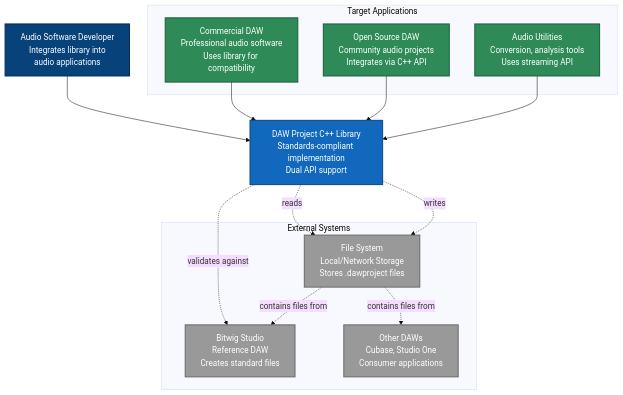
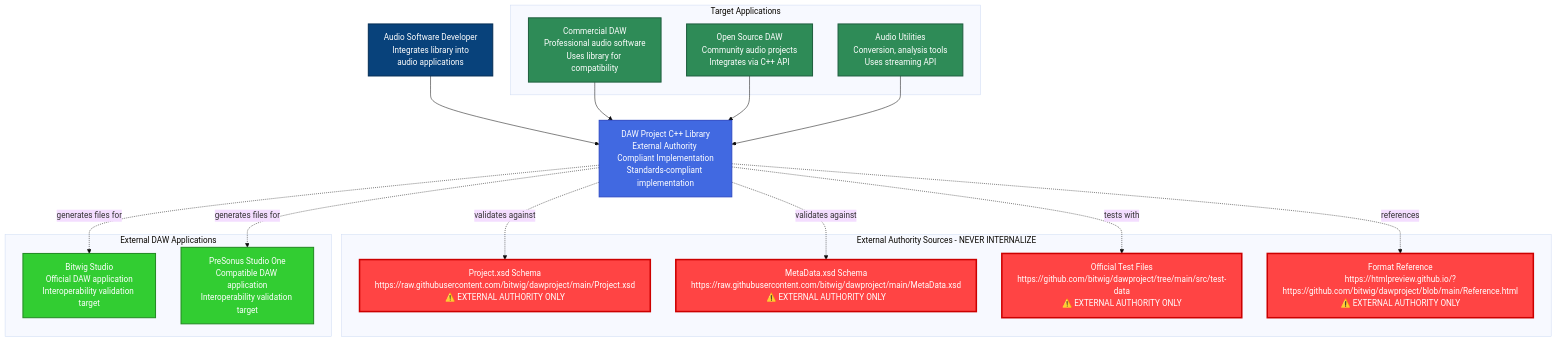
One commit to zarfld/dawproject_c changed the first of 17 diagrams in 03-architecture/architecture-specification.md. Above: the diagram before and after it, drawn with Mermaid (base theme). The commit also changed other lines of this file and 15 other files, not shown here.

````diff
--- a/03-architecture/architecture-specification.md
+++ b/03-architecture/architecture-specification.md
@@ -92,40 +93,48 @@
 ```mermaid
 graph TB
-    subgraph "External Systems"
-        Bitwig[Bitwig Studio<br/>Reference DAW<br/>Creates standard files]
-        OtherDAWs[Other DAWs<br/>Cubase, Studio One<br/>Consumer applications]
-        FileSystem[File System<br/>Local/Network Storage<br/>Stores .dawproject files]
-    end
+    Library[DAW Project C++ Library<br/>External Authority Compliant Implementation<br/>Standards-compliant implementation]
+    
+    Developer[Audio Software Developer<br/>Integrates library into<br/>audio applications]
     
     subgraph "Target Applications"
         CommercialDAW[Commercial DAW<br/>Professional audio software<br/>Uses library for compatibility]
         OpenSourceDAW[Open Source DAW<br/>Community audio projects<br/>Integrates via C++ API]
         AudioTools[Audio Utilities<br/>Conversion, analysis tools<br/>Uses streaming API]
     end
     
-    Library[DAW Project C++ Library<br/>Standards-compliant implementation<br/>Dual API support]
+    subgraph "External Authority Sources - NEVER INTERNALIZE"
+        ProjectXSD[Project.xsd Schema<br/>https://raw.githubusercontent.com/bitwig/dawproject/main/Project.xsd<br/>⚠️ EXTERNAL AUTHORITY ONLY]
+        MetaDataXSD[MetaData.xsd Schema<br/>https://raw.githubusercontent.com/bitwig/dawproject/main/MetaData.xsd<br/>⚠️ EXTERNAL AUTHORITY ONLY]
+        OfficialTests[Official Test Files<br/>https://github.com/bitwig/dawproject/tree/main/src/test-data<br/>⚠️ EXTERNAL AUTHORITY ONLY]
+        HTMLReference[Format Reference<br/>https://htmlpreview.github.io/?https://github.com/bitwig/dawproject/blob/main/Reference.html<br/>⚠️ EXTERNAL AUTHORITY ONLY]
+    end
     
-    Developer[Audio Software Developer<br/>Integrates library into<br/>audio applications]
+    subgraph "External DAW Applications"
+        Bitwig[Bitwig Studio<br/>Official DAW application<br/>Interoperability validation target]
+        PreSonus[PreSonus Studio One<br/>Compatible DAW application<br/>Interoperability validation target]
+    end
     
     Developer --> Library
     CommercialDAW --> Library
     OpenSourceDAW --> Library  
     AudioTools --> Library
     
-    Library -.->|reads| FileSystem
-    Library -.->|writes| FileSystem
-    Library -.->|validates against| Bitwig
-    
-    FileSystem -.->|contains files from| Bitwig
-    FileSystem -.->|contains files from| OtherDAWs
+    Library -.->|validates against| ProjectXSD
+    Library -.->|validates against| MetaDataXSD
+    Library -.->|tests with| OfficialTests
+    Library -.->|references| HTMLReference
+    Library -.->|generates files for| Bitwig
+    Library -.->|generates files for| PreSonus
     
     classDef person fill:#08427b,stroke:#052e56,stroke-width:2px,color:#fff
-    classDef library fill:#1168bd,stroke:#0b4884,stroke-width:2px,color:#fff
-    classDef external fill:#999999,stroke:#6b6b6b,stroke-width:2px,color:#fff
+    classDef library fill:#4169E1,stroke:#2E4BC6,stroke-width:2px,color:#fff
+    classDef external fill:#ff4444,stroke:#cc0000,stroke-width:3px,color:#fff
     classDef application fill:#2E8B57,stroke:#1F5F3F,stroke-width:2px,color:#fff
+    classDef daw fill:#32CD32,stroke:#228B22,stroke-width:2px,color:#fff
     
     class Developer person
     class Library library
-    class Bitwig,OtherDAWs,FileSystem external
+    class ProjectXSD,MetaDataXSD,OfficialTests,HTMLReference external
     class CommercialDAW,OpenSourceDAW,AudioTools application
+    class Bitwig,PreSonus daw
 ```
````
